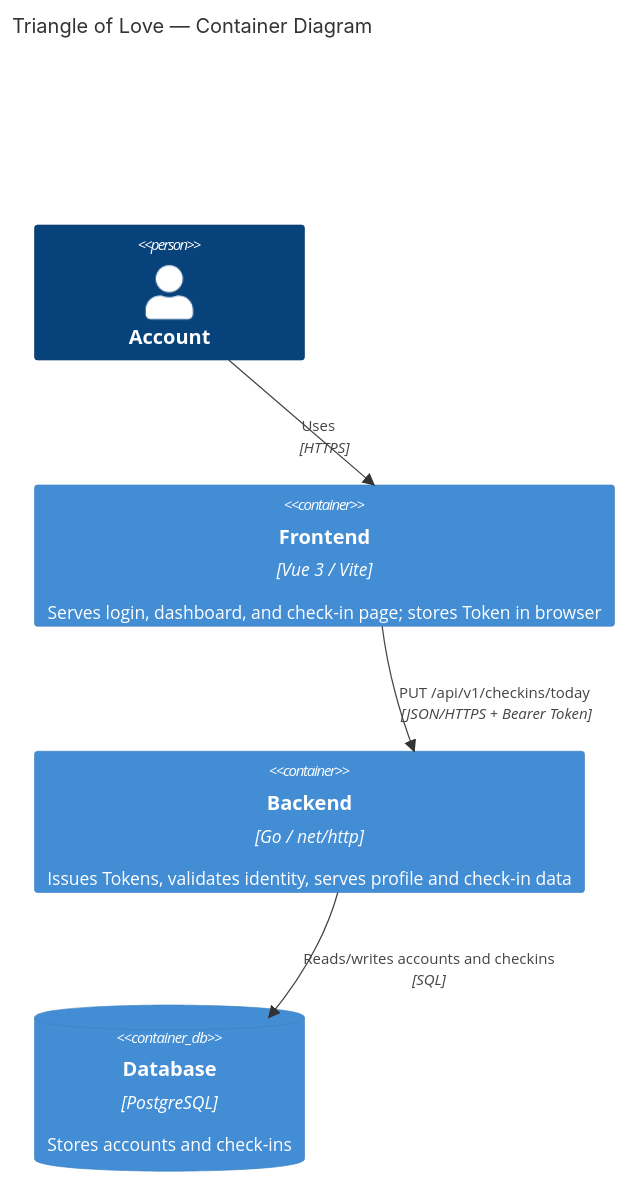
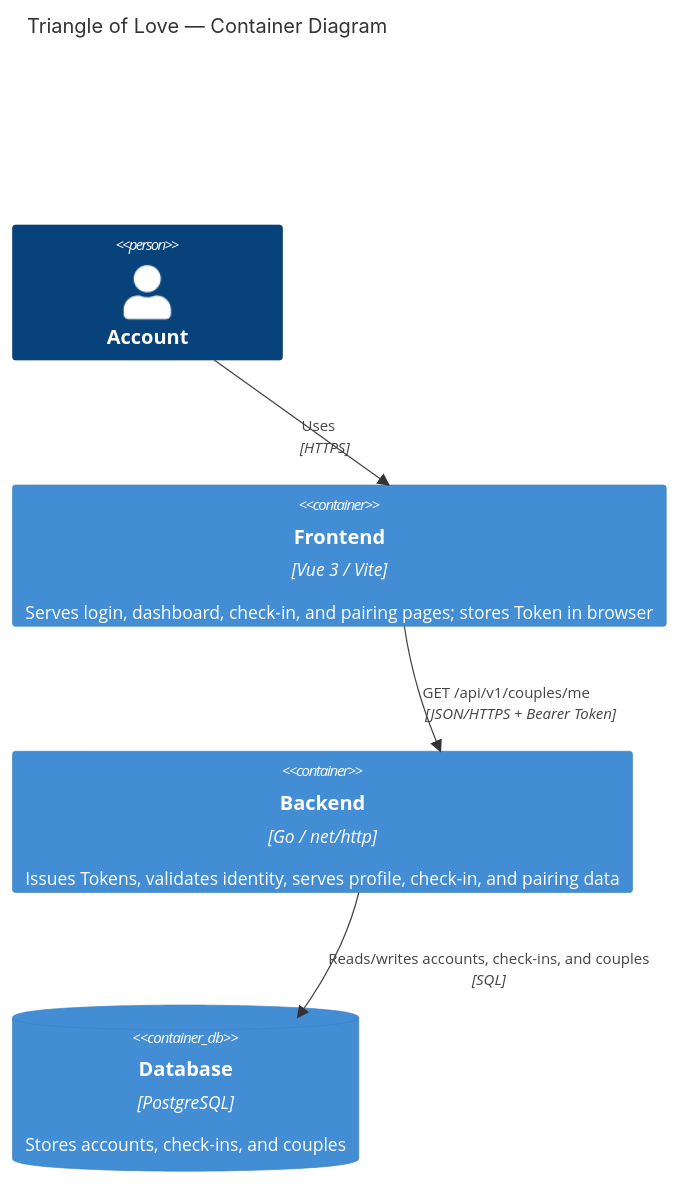
The second of 3 diagrams in docs/architecture.md (co0p/triangleoflove), drawn with Mermaid before and after one commit. The commit also changed other lines of this file and 25 other files, not shown here.

````diff
--- a/docs/architecture.md
+++ b/docs/architecture.md
@@ -15,14 +15,18 @@
 ```mermaid
 C4Container
     title Triangle of Love — Container Diagram
     Person(account, "Account")
-    Container(frontend, "Frontend", "Vue 3 / Vite", "Serves login, dashboard, and check-in page; stores Token in browser")
-    Container(backend, "Backend", "Go / net/http", "Issues Tokens, validates identity, serves profile and check-in data")
-    ContainerDb(db, "Database", "PostgreSQL", "Stores accounts and check-ins")
+    Container(frontend, "Frontend", "Vue 3 / Vite", "Serves login, dashboard, check-in, and pairing pages; stores Token in browser")
+    Container(backend, "Backend", "Go / net/http", "Issues Tokens, validates identity, serves profile, check-in, and pairing data")
+    ContainerDb(db, "Database", "PostgreSQL", "Stores accounts, check-ins, and couples")
     Rel(account, frontend, "Uses", "HTTPS")
     Rel(frontend, backend, "POST /api/v1/auth/login", "JSON/HTTPS")
     Rel(frontend, backend, "GET /api/v1/users/me", "JSON/HTTPS + Bearer Token")
     Rel(frontend, backend, "GET /api/v1/checkins/today", "JSON/HTTPS + Bearer Token")
     Rel(frontend, backend, "PUT /api/v1/checkins/today", "JSON/HTTPS + Bearer Token")
-    Rel(backend, db, "Reads/writes accounts and checkins", "SQL")
+    Rel(frontend, backend, "GET /api/v1/pairing", "JSON/HTTPS + Bearer Token")
+    Rel(frontend, backend, "POST /api/v1/pairing/regenerate", "JSON/HTTPS + Bearer Token")
+    Rel(frontend, backend, "POST /api/v1/pairing/connect", "JSON/HTTPS + Bearer Token")
+    Rel(frontend, backend, "GET /api/v1/couples/me", "JSON/HTTPS + Bearer Token")
+    Rel(backend, db, "Reads/writes accounts, check-ins, and couples", "SQL")
 ```
````
